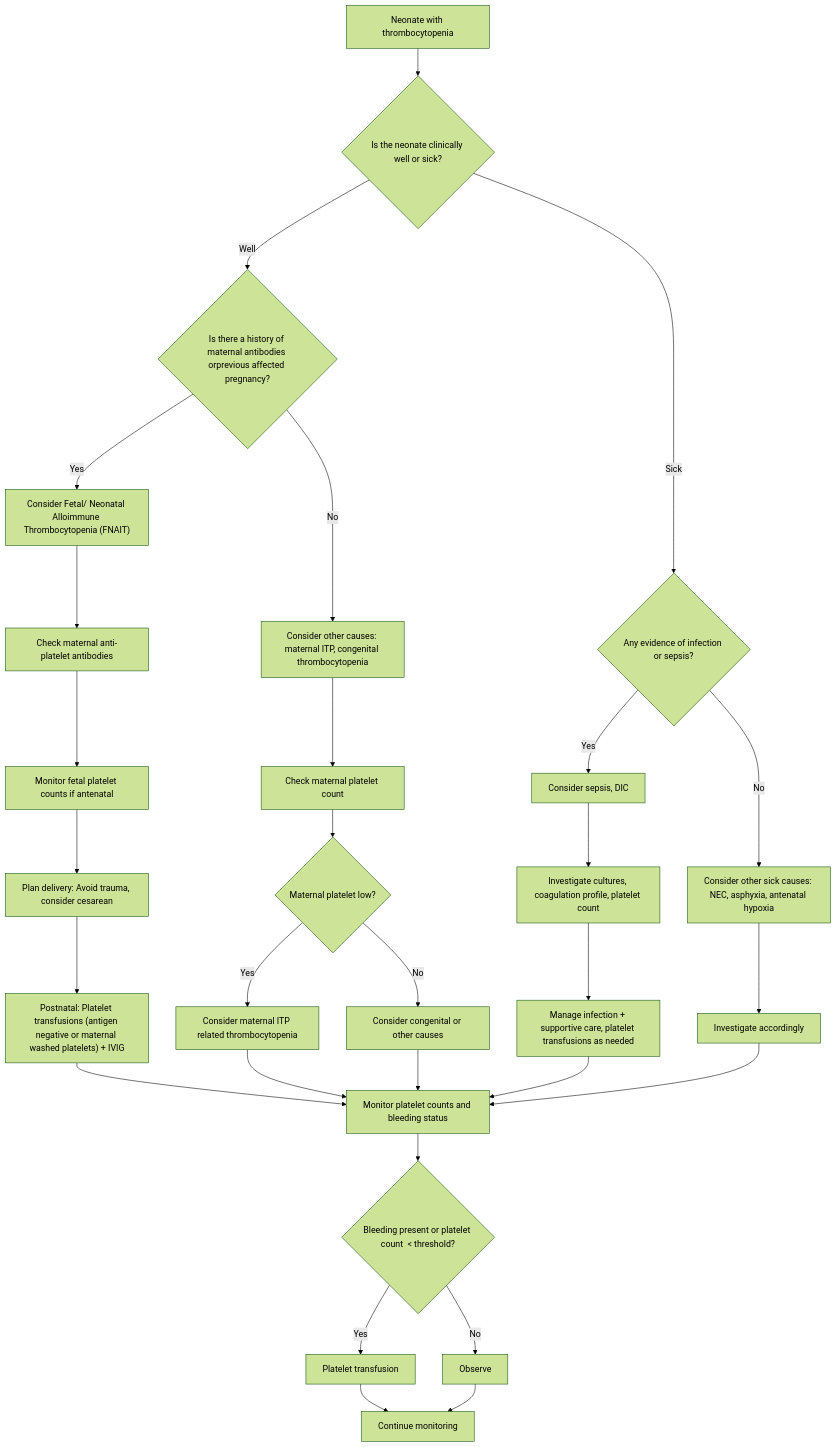
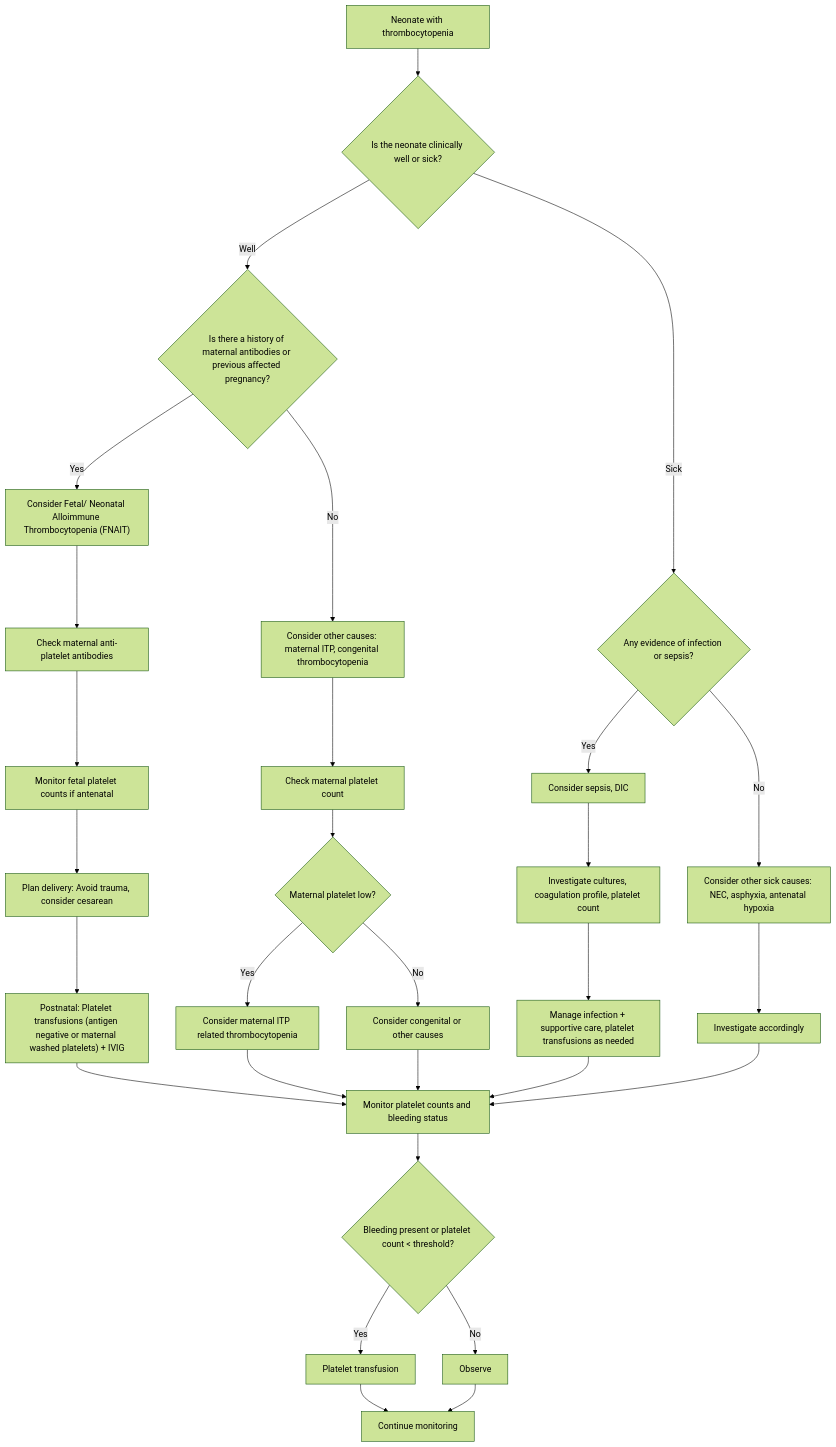
Before and after one commit to rubanbalaji-g/dnb-theory: the diagram in src/site/notes/Hematology/Platelet Disorders.md, drawn with Mermaid (forest theme).

Commit message:
Published multiple files

````diff
--- a/src/site/notes/Hematology/Platelet Disorders.md
+++ b/src/site/notes/Hematology/Platelet Disorders.md
@@ -76,39 +76,32 @@
 ```mermaid
 flowchart TD
-    A[Neonate with thrombocytopenia] --> B{Is the neonate clinically well or sick?};
-    B -->|Well| C{Is there a history of maternal antibodies orprevious affected pregnancy?};
-    B -->|Sick| D{Any evidence of infection or sepsis?};
-
-    C -->|Yes| E["Consider Fetal/ Neonatal Alloimmune Thrombocytopenia (FNAIT)"];
-    E --> F["Check maternal anti-platelet antibodies"];
-    F --> G["Monitor fetal platelet counts if antenatal"];
-    G --> H["Plan delivery: Avoid trauma, consider cesarean"];
-    H --> I["Postnatal: Platelet transfusions (antigen negative or maternal washed platelets) + IVIG"];
-
-    C -->|No| J["Consider other causes: maternal ITP, congenital thrombocytopenia"];
-    J --> K["Check maternal platelet count"];
-    K --> L{Maternal platelet low?};
-    L -->|Yes| M["Consider maternal ITP related thrombocytopenia"];
-    L -->|No| N["Consider congenital or other causes"];
-
-    D -->|Yes| O["Consider sepsis, DIC"];
-    O --> P["Investigate cultures, coagulation profile, platelet count"];
-    P --> Q["Manage infection + supportive care, platelet transfusions as needed"];
-
-    D -->|No| R["Consider other sick causes: NEC, asphyxia, antenatal hypoxia"];
-    R --> S["Investigate accordingly"];
-
-    I --> T["Monitor platelet counts and bleeding status"];
+    A["`Neonate with thrombocytopenia`"] --> B{"`Is the neonate clinically well or sick?`"};
+    B -->|Well| C{"`Is there a history of maternal antibodies or previous affected pregnancy?`"};
+    B -->|Sick| D{"`Any evidence of infection or sepsis?`"};
+    C -->|Yes| E["`Consider Fetal/ Neonatal Alloimmune Thrombocytopenia (FNAIT)`"];
+    E --> F["`Check maternal anti-platelet antibodies`"];
+    F --> G["`Monitor fetal platelet counts if antenatal`"];
+    G --> H["`Plan delivery: Avoid trauma, consider cesarean`"];
+    H --> I["`Postnatal: Platelet transfusions (antigen negative or maternal washed platelets) + IVIG`"];
+    C -->|No| J["`Consider other causes: maternal ITP, congenital thrombocytopenia`"];
+    J --> K["`Check maternal platelet count`"];
+    K --> L{"`Maternal platelet low?`"};
+    L -->|Yes| M["`Consider maternal ITP related thrombocytopenia`"];
+    L -->|No| N["`Consider congenital or other causes`"];
+    D -->|Yes| O["`Consider sepsis, DIC`"];
+    O --> P["`Investigate cultures, coagulation profile, platelet count`"];
+    P --> Q["`Manage infection + supportive care, platelet transfusions as needed`"];
+    D -->|No| R["`Consider other sick causes: NEC, asphyxia, antenatal hypoxia`"];
+    R --> S["`Investigate accordingly`"];
+    I --> T["`Monitor platelet counts and bleeding status`"];
     M --> T;
     N --> T;
     Q --> T;
     S --> T;
-
-    T --> U{Bleeding present or platelet count  &lt; threshold?};
-    U -->|Yes| V["Platelet transfusion"];
-    U -->|No| W["Observe"];
-
-    V --> X["Continue monitoring"];
+    T --> U{"`Bleeding present or platelet count < threshold?`"};
+    U -->|Yes| V["`Platelet transfusion`"];
+    U -->|No| W["`Observe`"];
+    V --> X["`Continue monitoring`"];
     W --> X;
 
 ```
````
